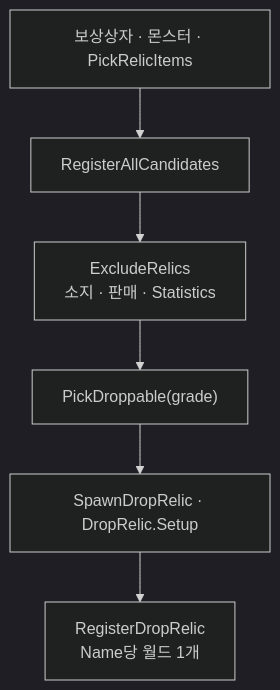
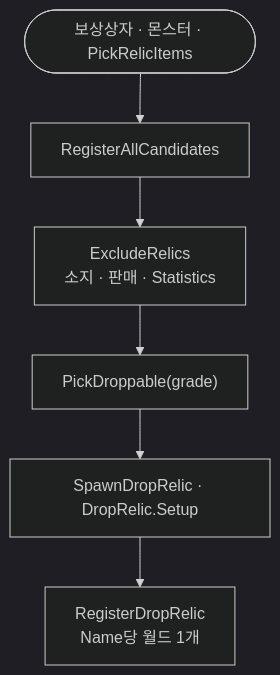
Before and after one commit to monet5379/monet5379.github.io: the first of 2 diagrams in notes/dragon-relic-acquire.md, drawn with Mermaid (dark theme). The commit also changed other lines of this file and 8 other files, not shown here.

Commit message:
fix(notes): dragon monster·relic·inventory Mermaid visual

````diff
--- a/notes/dragon-relic-acquire.md
+++ b/notes/dragon-relic-acquire.md
@@ -63,8 +63,9 @@
 ```mermaid
 flowchart TD
-  S["보상상자 · 몬스터 · PickRelicItems"] --> R["RegisterAllCandidates"]
+  S(["보상상자 · 몬스터 · PickRelicItems"])
+  S --> R["RegisterAllCandidates"]
   R --> E["ExcludeRelics<br/>소지 · 판매 · Statistics"]
   E --> P["PickDroppable(grade)"]
   P --> D["SpawnDropRelic · DropRelic.Setup"]
   D --> REG["RegisterDropRelic<br/>Name당 월드 1개"]
 ```
````
